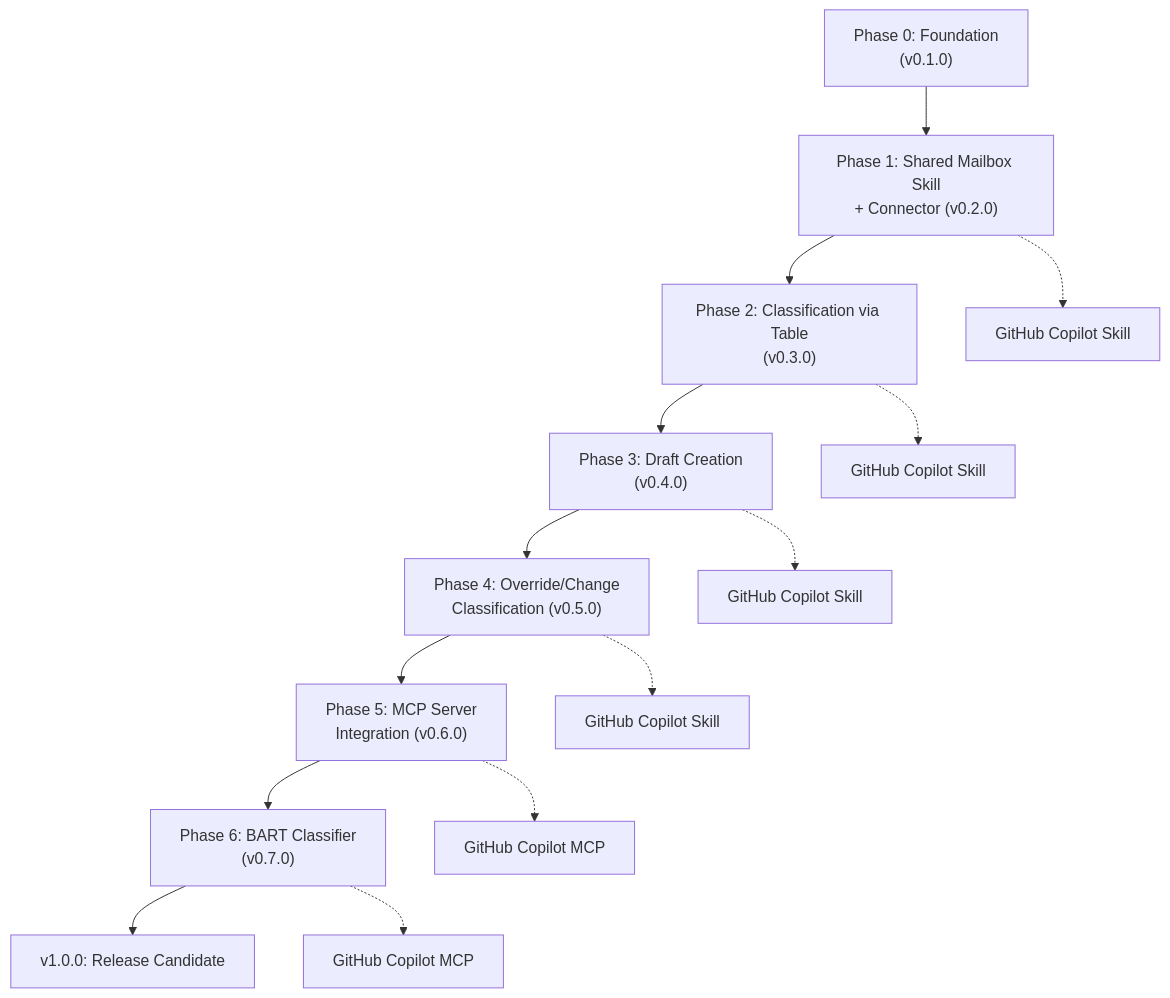
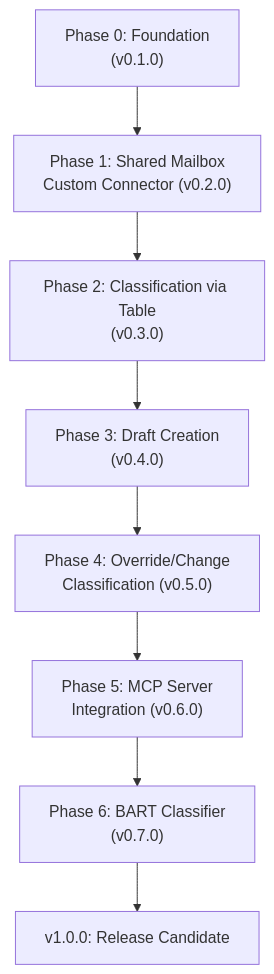
Before and after one commit to holgerimbery/bridge365: the diagram in docs/implementation-plan.md, drawn with Mermaid. The commit also changed other lines of this file and 9 other files, not shown here.

````diff
--- a/docs/implementation-plan.md
+++ b/docs/implementation-plan.md
@@ -19,17 +19,10 @@
 ```mermaid
 graph TD
-    A["Phase 0: Foundation<br/>(v0.1.0)"] --> B["Phase 1: Shared Mailbox Skill<br/>+ Connector (v0.2.0)"]
+    A["Phase 0: Foundation<br/>(v0.1.0)"] --> B["Phase 1: Shared Mailbox<br/>Custom Connector (v0.2.0)"]
     B --> C["Phase 2: Classification via Table<br/>(v0.3.0)"]
     C --> D["Phase 3: Draft Creation<br/>(v0.4.0)"]
     D --> E["Phase 4: Override/Change<br/>Classification (v0.5.0)"]
     E --> F["Phase 5: MCP Server<br/>Integration (v0.6.0)"]
     F --> G["Phase 6: BART Classifier<br/>(v0.7.0)"]
     G --> H["v1.0.0: Release Candidate"]
-    
-    B -.-> B1["GitHub Copilot Skill"]
-    C -.-> C1["GitHub Copilot Skill"]
-    D -.-> D1["GitHub Copilot Skill"]
-    E -.-> E1["GitHub Copilot Skill"]
-    F -.-> F1["GitHub Copilot MCP"]
-    G -.-> G1["GitHub Copilot MCP"]
 ```
````
